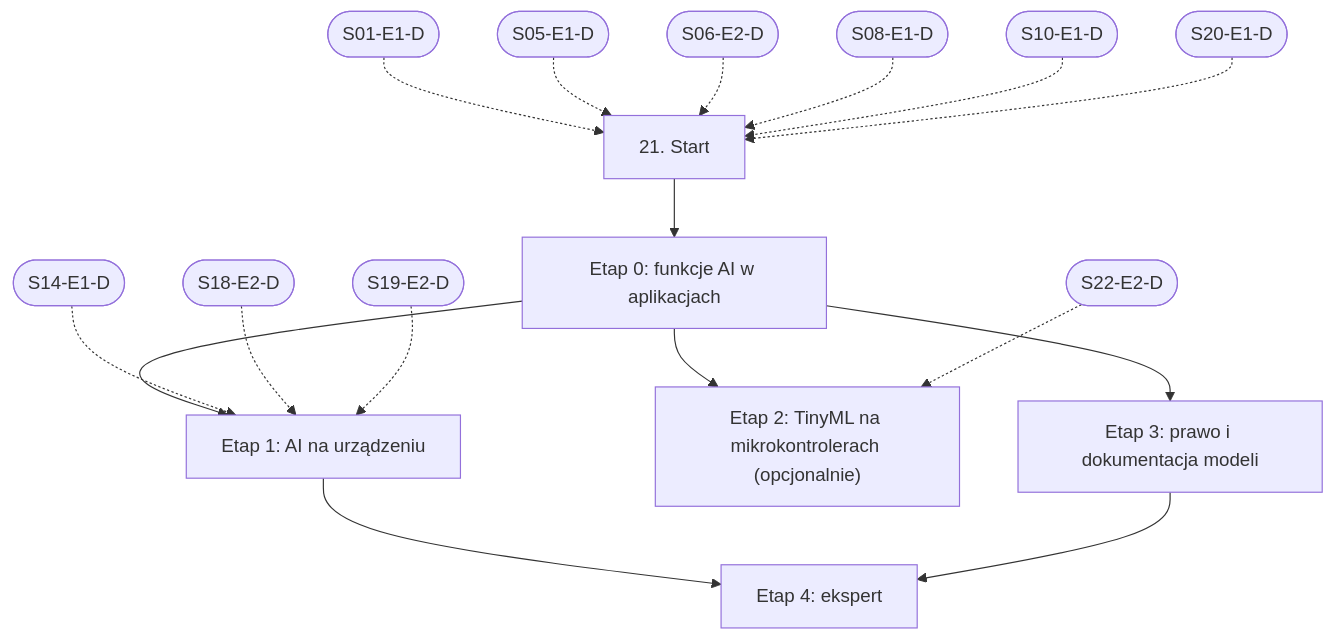
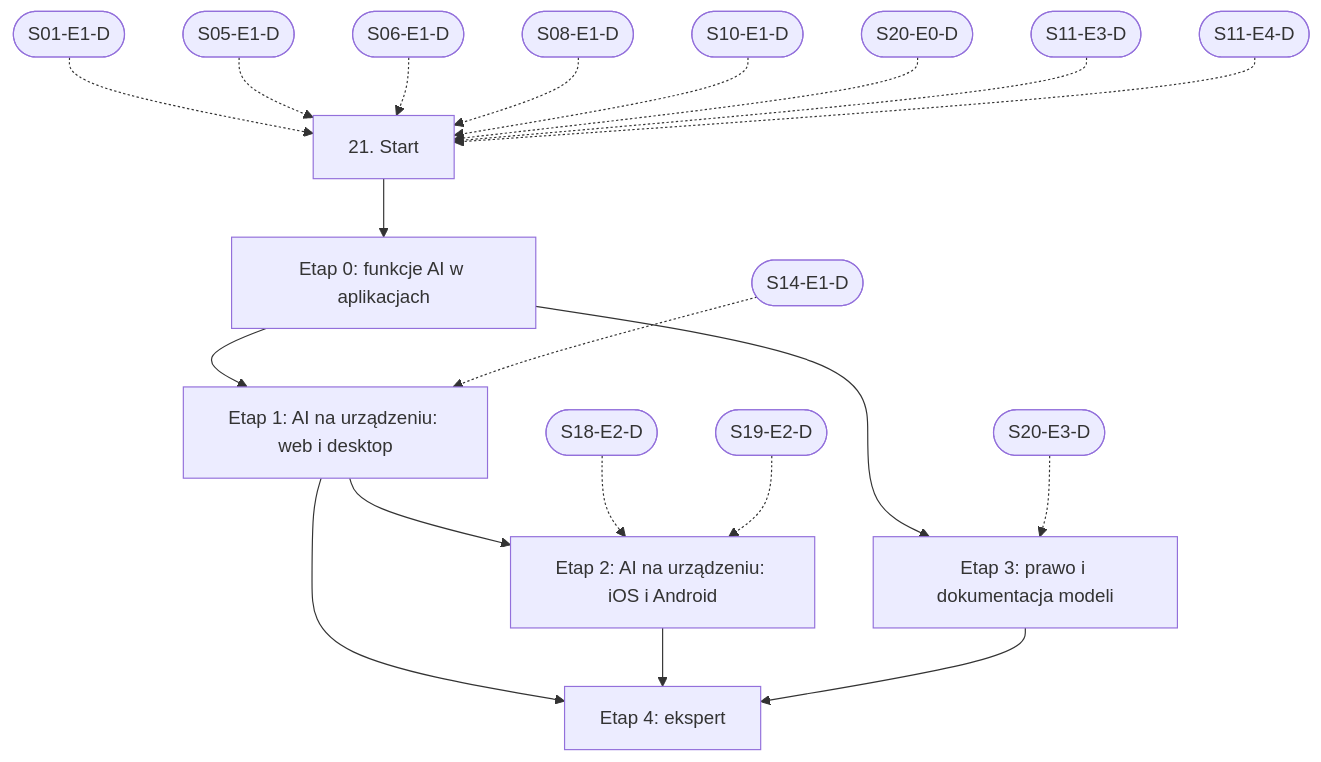
One commit to danjarosz/software-development-learning-path changed the diagram in linear/21-funkcje-ai-w-aplikacjach.md. Above: the diagram before and after it, drawn with Mermaid. The commit also changed other lines of this file and 65 other files, not shown here.

First line of the commit message:
feat: popraw ścieżki nauki po przeglądzie i dodaj NestJS, FastAPI i GraphQL

````diff
--- a/linear/21-funkcje-ai-w-aplikacjach.md
+++ b/linear/21-funkcje-ai-w-aplikacjach.md
@@ -119,25 +116,28 @@
 ```mermaid
 flowchart TD
   START["21. Start"]
   E0["Etap 0: funkcje AI w aplikacjach"]
-  E1["Etap 1: AI na urządzeniu"]
-  E2["Etap 2: TinyML na mikrokontrolerach (opcjonalnie)"]
+  E1["Etap 1: AI na urządzeniu: web i desktop"]
+  E2["Etap 2: AI na urządzeniu: iOS i Android"]
   E3["Etap 3: prawo i dokumentacja modeli"]
   E4["Etap 4: ekspert"]
   START --> E0
   E0 --> E1
   XS14E1D(["S14-E1-D"]) -.-> E1
-  XS18E2D(["S18-E2-D"]) -.-> E1
-  XS19E2D(["S19-E2-D"]) -.-> E1
-  E0 --> E2
-  XS22E2D(["S22-E2-D"]) -.-> E2
+  E1 --> E2
+  XS18E2D(["S18-E2-D"]) -.-> E2
+  XS19E2D(["S19-E2-D"]) -.-> E2
   E0 --> E3
+  XS20E3D(["S20-E3-D"]) -.-> E3
   E1 --> E4
+  E2 --> E4
   E3 --> E4
   XS01E1D(["S01-E1-D"]) -.-> START
   XS05E1D(["S05-E1-D"]) -.-> START
-  XS06E2D(["S06-E2-D"]) -.-> START
+  XS06E1D(["S06-E1-D"]) -.-> START
   XS08E1D(["S08-E1-D"]) -.-> START
   XS10E1D(["S10-E1-D"]) -.-> START
-  XS20E1D(["S20-E1-D"]) -.-> START
+  XS20E0D(["S20-E0-D"]) -.-> START
+  XS11E3D(["S11-E3-D"]) -.-> START
+  XS11E4D(["S11-E4-D"]) -.-> START
 ```
````
